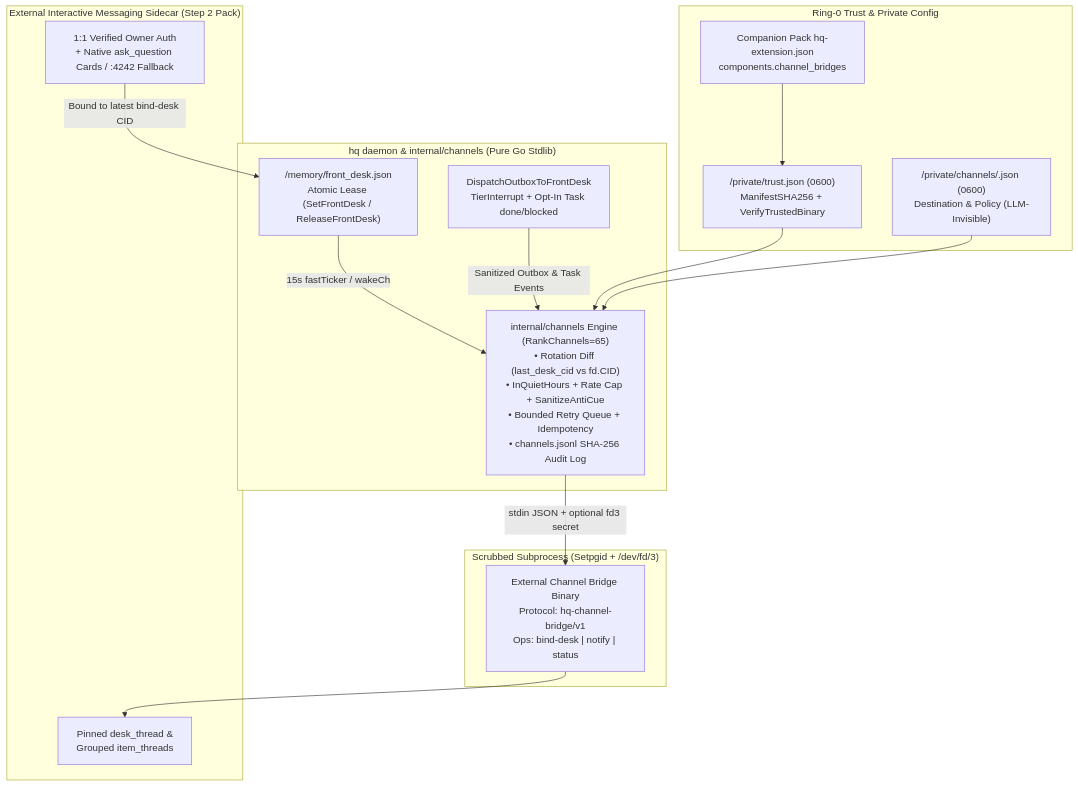
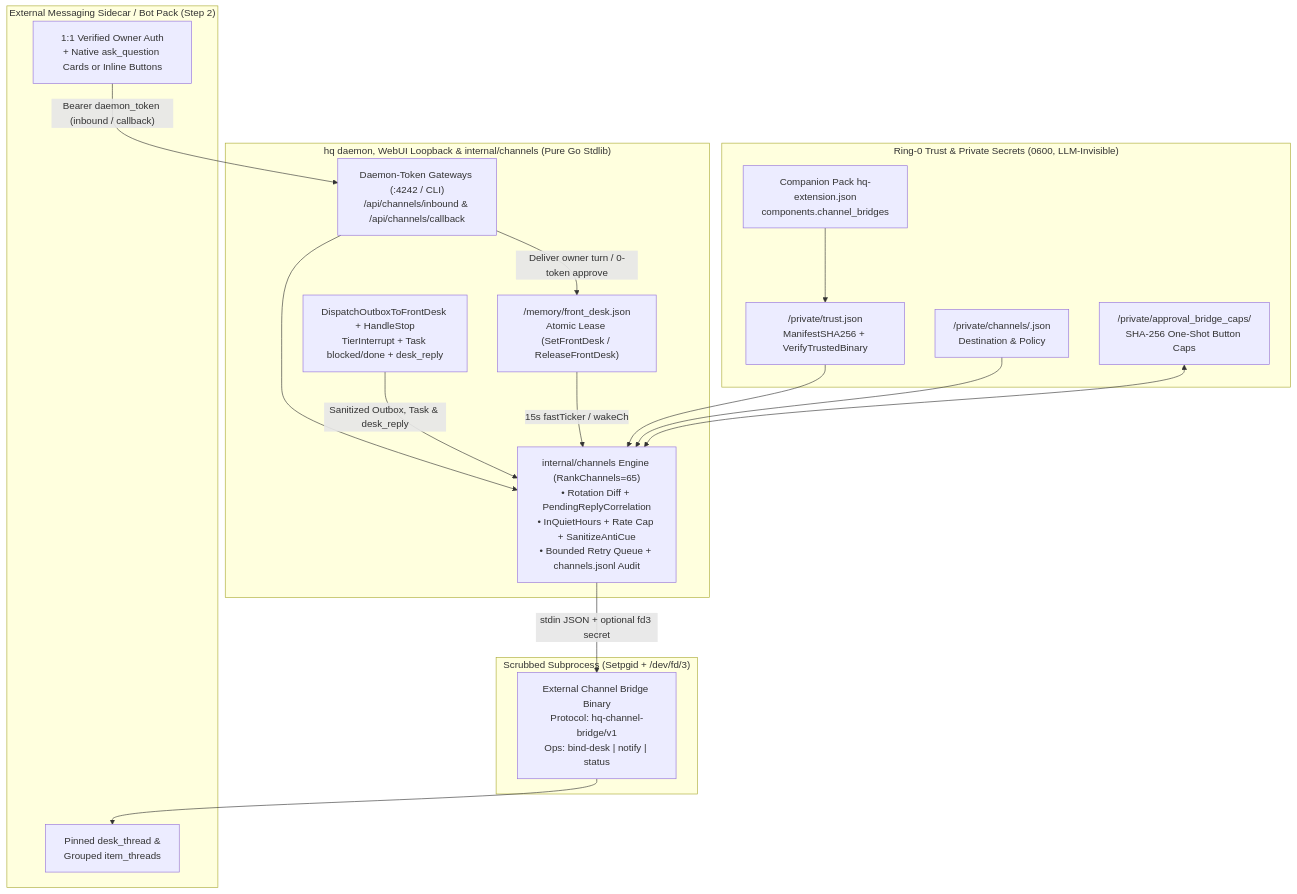
Before and after one commit to zjshen14/agy-hq: the first of 2 diagrams in docs/design/0023-front-desk-channel-bridge.md, drawn with Mermaid. The commit also changed other lines of this file and 2 other files, not shown here.

Commit message:
docs(rfc-0023): add inbound/desk_reply gateway and signed button callbacks

````diff
--- a/docs/design/0023-front-desk-channel-bridge.md
+++ b/docs/design/0023-front-desk-channel-bridge.md
@@ -43,31 +44,36 @@
 ```mermaid
 flowchart TD
-    subgraph Trust["Ring-0 Trust & Private Config"]
+    subgraph Trust["Ring-0 Trust & Private Secrets (0600, LLM-Invisible)"]
         EXT["Companion Pack hq-extension.json\ncomponents.channel_bridges"]
-        TR["<vault>/private/trust.json (0600)\nManifestSHA256 + VerifyTrustedBinary"]
-        PCFG["<vault>/private/channels/<id>.json (0600)\nDestination & Policy (LLM-Invisible)"]
+        TR["<vault>/private/trust.json\nManifestSHA256 + VerifyTrustedBinary"]
+        PCFG["<vault>/private/channels/<id>.json\nDestination & Policy"]
+        BCAP["<vault>/private/approval_bridge_caps/\nSHA-256 One-Shot Button Caps"]
     end
 
-    subgraph Core["hq daemon & internal/channels (Pure Go Stdlib)"]
+    subgraph Core["hq daemon, WebUI Loopback & internal/channels (Pure Go Stdlib)"]
         FD["<vault>/memory/front_desk.json\nAtomic Lease (SetFrontDesk / ReleaseFrontDesk)"]
-        OB["DispatchOutboxToFrontDesk\nTierInterrupt + Opt-In Task done/blocked"]
-        CH["internal/channels Engine (RankChannels=65)\n• Rotation Diff (last_desk_cid vs fd.CID)\n• InQuietHours + Rate Cap + SanitizeAntiCue\n• Bounded Retry Queue + Idempotency\n• channels.jsonl SHA-256 Audit Log"]
+        OB["DispatchOutboxToFrontDesk + HandleStop\nTierInterrupt + Task blocked/done + desk_reply"]
+        GW["Daemon-Token Gateways (:4242 / CLI)\n/api/channels/inbound & /api/channels/callback"]
+        CH["internal/channels Engine (RankChannels=65)\n• Rotation Diff + PendingReplyCorrelation\n• InQuietHours + Rate Cap + SanitizeAntiCue\n• Bounded Retry Queue + channels.jsonl Audit"]
     end
 
     subgraph Subproc["Scrubbed Subprocess (Setpgid + /dev/fd/3)"]
         BR["External Channel Bridge Binary\nProtocol: hq-channel-bridge/v1\nOps: bind-desk | notify | status"]
     end
 
-    subgraph Step2["External Interactive Messaging Sidecar (Step 2 Pack)"]
+    subgraph Step2["External Messaging Sidecar / Bot Pack (Step 2)"]
         ROOM["Pinned desk_thread &\nGrouped item_threads"]
-        AUTH["1:1 Verified Owner Auth\n+ Native ask_question Cards / :4242 Fallback"]
+        AUTH["1:1 Verified Owner Auth\n+ Native ask_question Cards or Inline Buttons"]
     end
 
     EXT --> TR --> CH
     PCFG --> CH
+    BCAP <--> CH
     FD -->|"15s fastTicker / wakeCh"| CH
-    OB -->|"Sanitized Outbox & Task Events"| CH
+    OB -->|"Sanitized Outbox, Task & desk_reply"| CH
     CH -->|"stdin JSON + optional fd3 secret"| BR
     BR --> ROOM
-    AUTH -->|"Bound to latest bind-desk CID"| FD
+    AUTH -->|"Bearer daemon_token (inbound / callback)"| GW
+    GW --> CH
+    GW -->|"Deliver owner turn / 0-token approve"| FD
 ```
````
